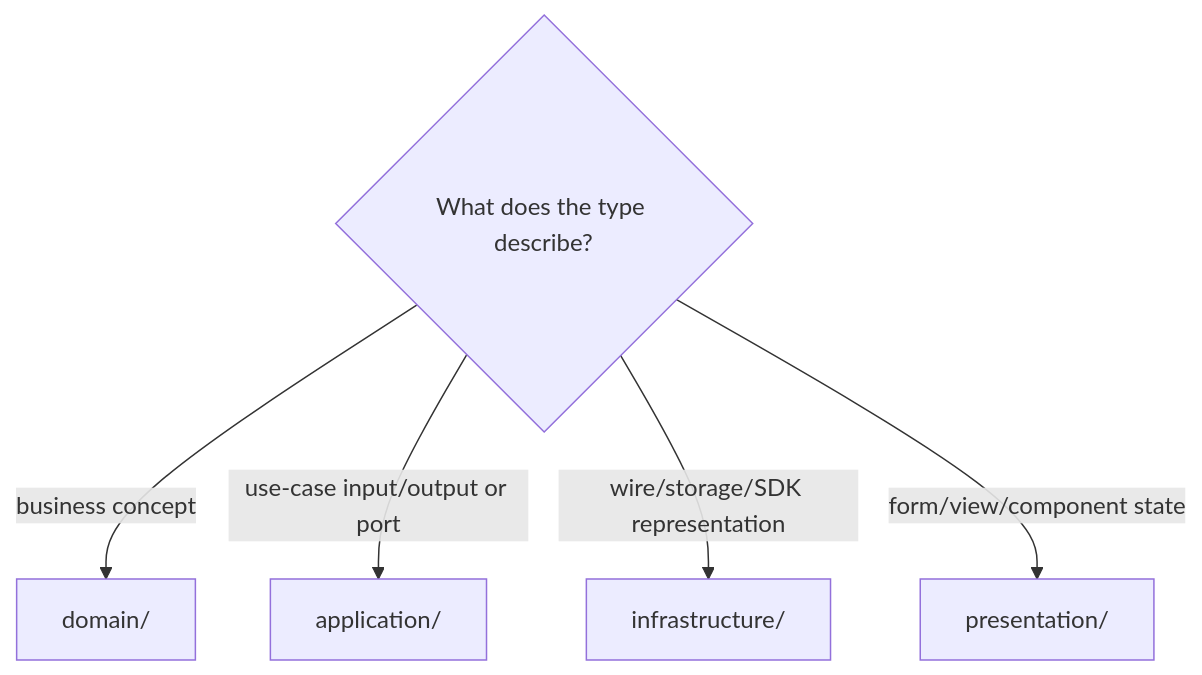
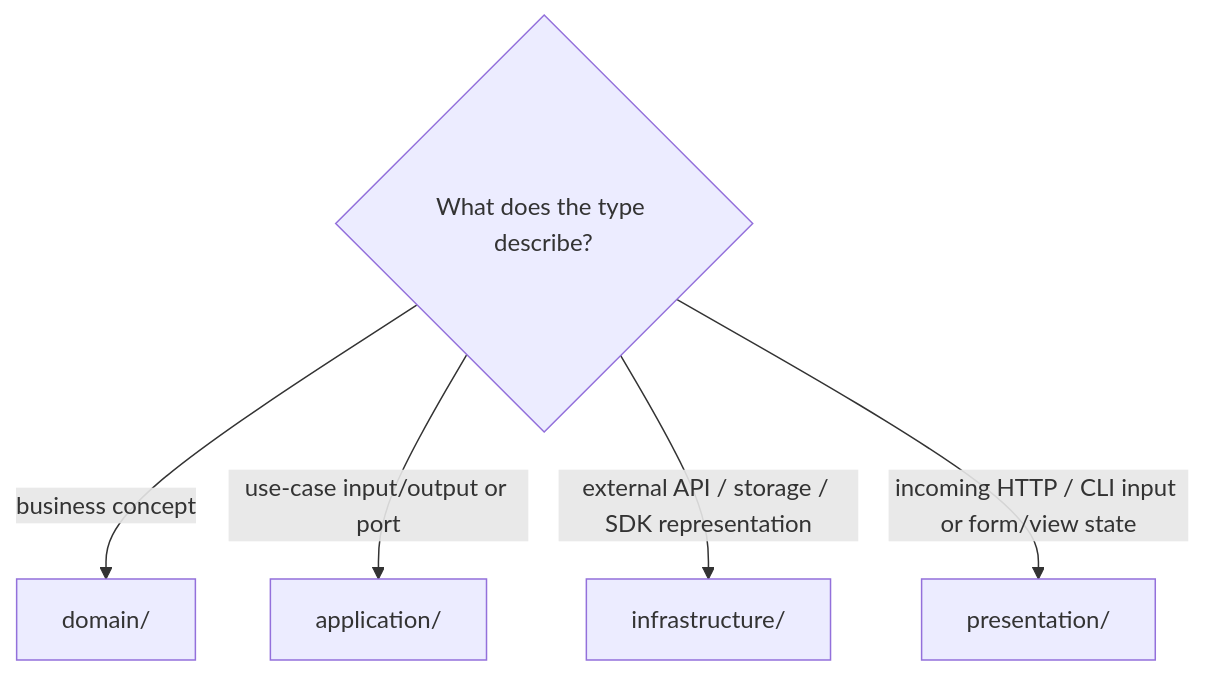
The fifth of 7 diagrams in foundations/code-placement.md (AndresTaoFlorez/software-architecture), drawn with Mermaid before and after one commit. The commit also changed other lines of this file and 20 other files, not shown here.

````diff
--- a/foundations/code-placement.md
+++ b/foundations/code-placement.md
@@ -221,8 +223,8 @@
 ```mermaid
 flowchart TD
     T{"What does the type describe?"}
     T -->|"business concept"| D["domain/"]
     T -->|"use-case input/output or port"| A["application/"]
-    T -->|"wire/storage/SDK representation"| I["infrastructure/"]
-    T -->|"form/view/component state"| P["presentation/"]
+    T -->|"external API / storage / SDK representation"| I["infrastructure/"]
+    T -->|"incoming HTTP / CLI input or form/view state"| P["presentation/"]
 ```
````
